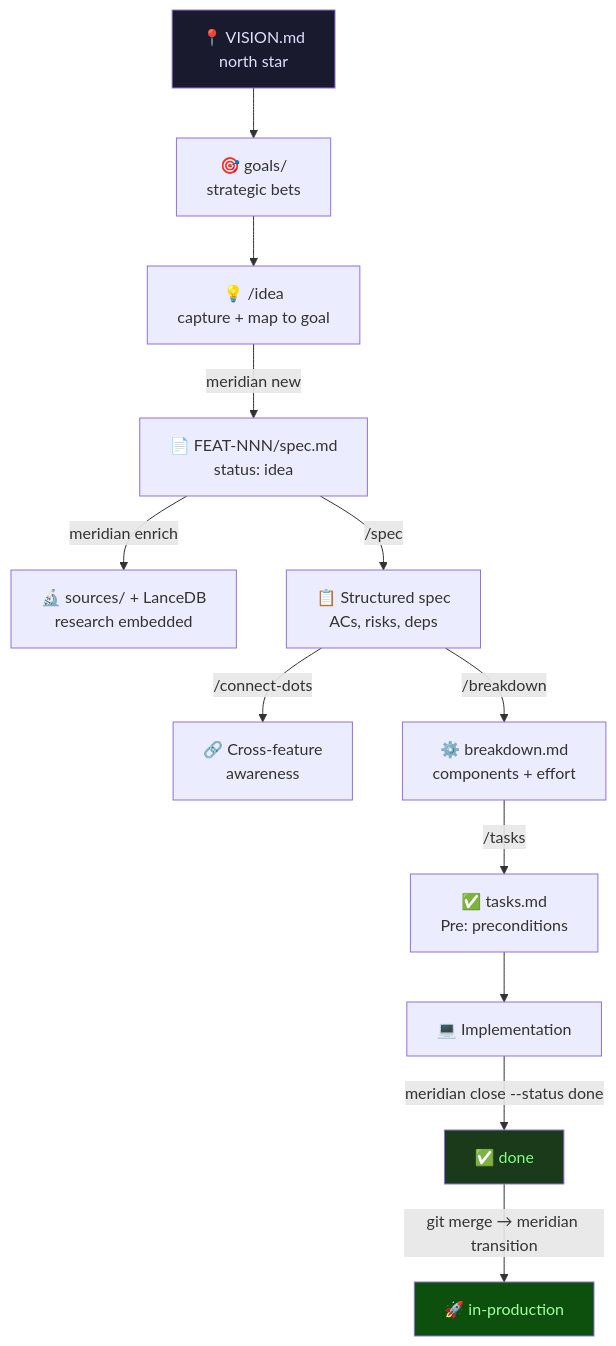
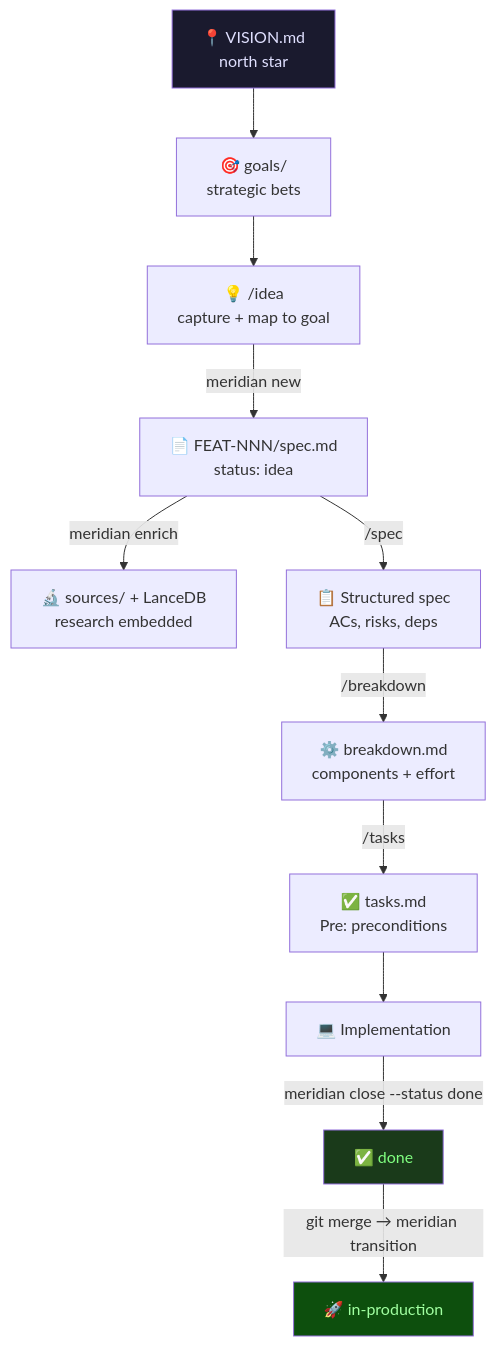
One commit to Tomkess/meridian changed the first of 2 diagrams in README.md. Above: the diagram before and after it, drawn with Mermaid. The commit also changed other lines of this file and 21 other files, not shown here.

````diff
--- a/README.md
+++ b/README.md
@@ -106,18 +106,17 @@
 ```mermaid
 flowchart TD
     V["📍 VISION.md\nnorth star"] --> G["🎯 goals/\nstrategic bets"]
     G --> I["💡 /idea\ncapture + map to goal"]
     I -->|meridian new| F["📄 FEAT-NNN/spec.md\nstatus: idea"]
     F -->|meridian enrich| R["🔬 sources/ + LanceDB\nresearch embedded"]
     F -->|/spec| S["📋 Structured spec\nACs, risks, deps"]
-    S -->|/connect-dots| CD["🔗 Cross-feature\nawareness"]
     S -->|/breakdown| B["⚙️ breakdown.md\ncomponents + effort"]
     B -->|/tasks| T["✅ tasks.md\nPre: preconditions"]
     T --> CODE["💻 Implementation"]
     CODE -->|meridian close --status done| D["✅ done"]
     D -->|git merge → meridian transition| PROD["🚀 in-production"]
 
     style V fill:#1a1a2e,color:#e0e0ff
     style PROD fill:#0d4f0d,color:#a0ffa0
     style D fill:#1a3a1a,color:#80ff80
 ```
````
